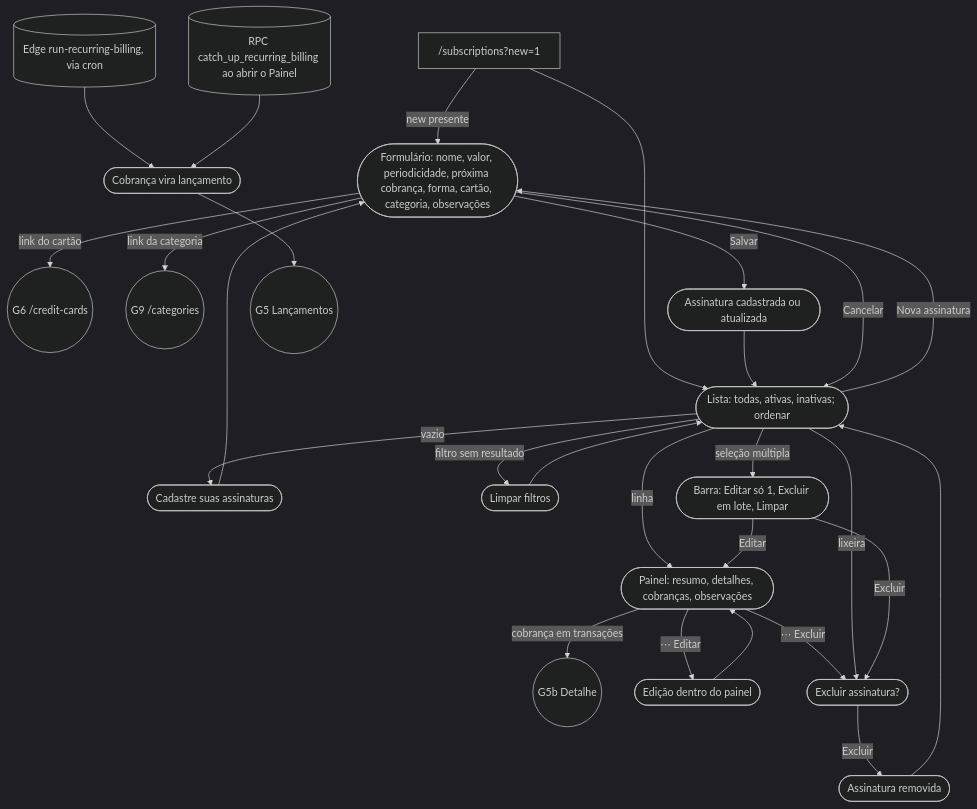
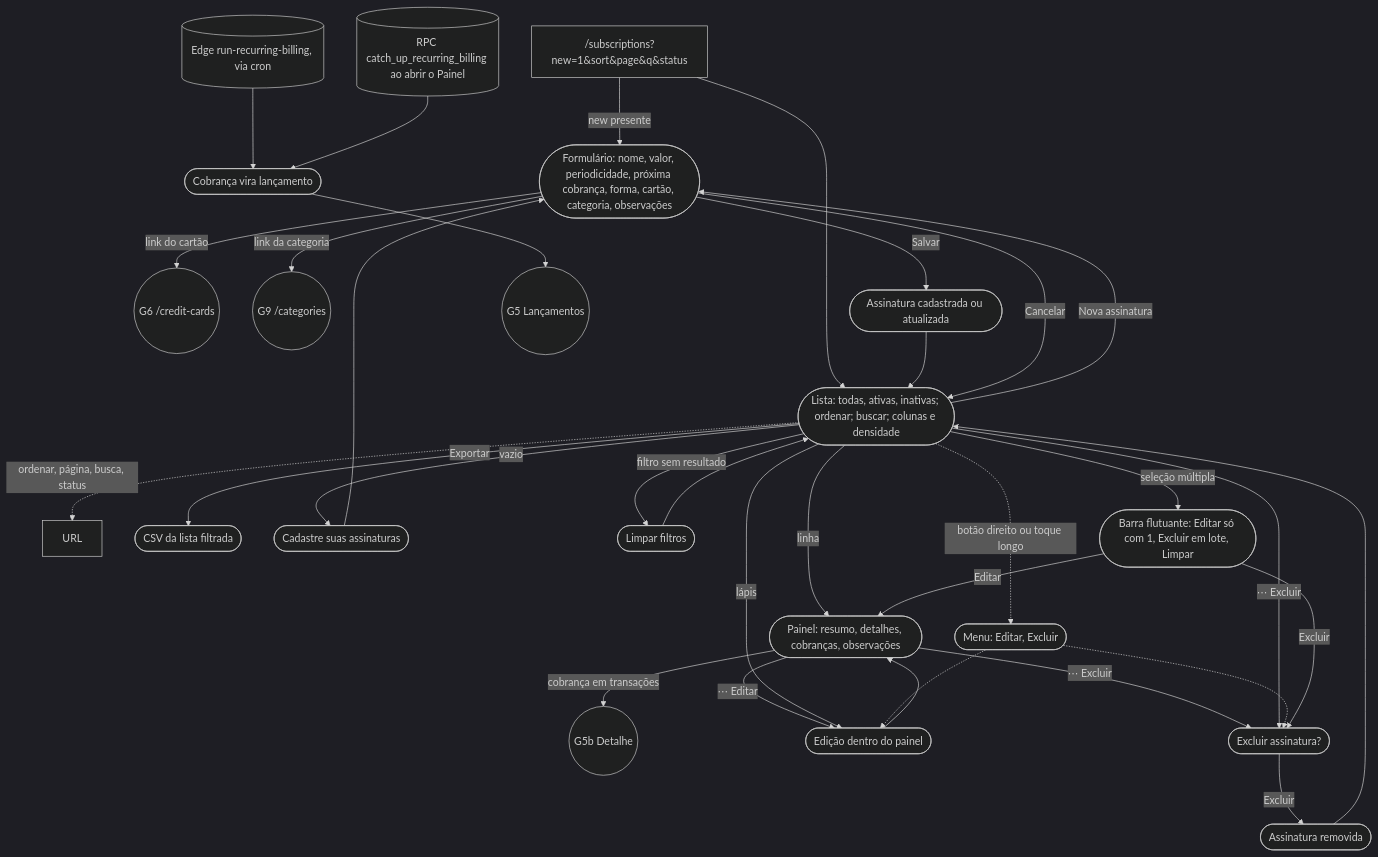
Before and after one commit to kauax2000/finance_app: diagram 12 of 14 in docs/JORNADAS.md, drawn with Mermaid. The commit also changed other lines of this file and 40 other files, not shown here.

Commit message:
feat(table): redesenho e DataTable — escada de cinco degraus, coluna fixa, grupo com total, detalhe, esqueleto, erro, células prontas, motor da TanStack v9, barra flutuante, facetas, colunas e densidade, gêmeo do telefone, teclado, URL, virtualização, CSV e edição; transações e assinaturas migradas

````diff
--- a/docs/JORNADAS.md
+++ b/docs/JORNADAS.md
@@ -641,27 +646,33 @@
 ```mermaid
 %%{init: {"theme": "dark"}}%%
 flowchart TD
-    subs["/subscriptions?new=1"] -->|"new presente"| form(["Formulário: nome, valor, periodicidade, próxima cobrança, forma, cartão, categoria, observações"])
-    subs --> list(["Lista: todas, ativas, inativas; ordenar"])
+    subs["/subscriptions?new=1&sort&page&q&status"] -->|"new presente"| form(["Formulário: nome, valor, periodicidade, próxima cobrança, forma, cartão, categoria, observações"])
+    subs --> list(["Lista: todas, ativas, inativas; ordenar; buscar; colunas e densidade"])
+    list -.->|"ordenar, página, busca, status"| url["URL"]
+    list -->|"Exportar"| csv(["CSV da lista filtrada"])
     list -->|"Nova assinatura"| form
     list -->|"vazio"| emptyNew(["Cadastre suas assinaturas"]) --> form
     list -->|"filtro sem resultado"| clear(["Limpar filtros"]) --> list
     form -->|"link do cartão"| G6(("G6 /credit-cards"))
     form -->|"link da categoria"| G9(("G9 /categories"))
     form -->|"Salvar"| saved(["Assinatura cadastrada ou atualizada"]) --> list
     form -->|"Cancelar"| list
 
     list -->|"linha"| sheet(["Painel: resumo, detalhes, cobranças, observações"])
     sheet -->|"cobrança em transações"| txDetail(("G5b Detalhe"))
     sheet -->|"⋯ Editar"| editInline(["Edição dentro do painel"]) --> sheet
     sheet -->|"⋯ Excluir"| del(["Excluir assinatura?"])
-    list -->|"lixeira"| del
-    list -->|"seleção múltipla"| bar(["Barra: Editar só 1, Excluir em lote, Limpar"])
+    list -->|"lápis"| editInline
+    list -->|"⋯ Excluir"| del
+    list -.->|"botão direito ou toque longo"| rowMenu(["Menu: Editar, Excluir"])
+    rowMenu -.-> editInline
+    rowMenu -.-> del
+    list -->|"seleção múltipla"| bar(["Barra flutuante: Editar só com 1, Excluir em lote, Limpar"])
     bar -->|"Editar"| sheet
     bar -->|"Excluir"| del
     del -->|"Excluir"| removed(["Assinatura removida"]) --> list
 
     cron[("Edge run-recurring-billing, via cron")] --> billed(["Cobrança vira lançamento"])
     catchup[("RPC catch_up_recurring_billing ao abrir o Painel")] --> billed
     billed --> G5(("G5 Lançamentos"))
 ```
````
